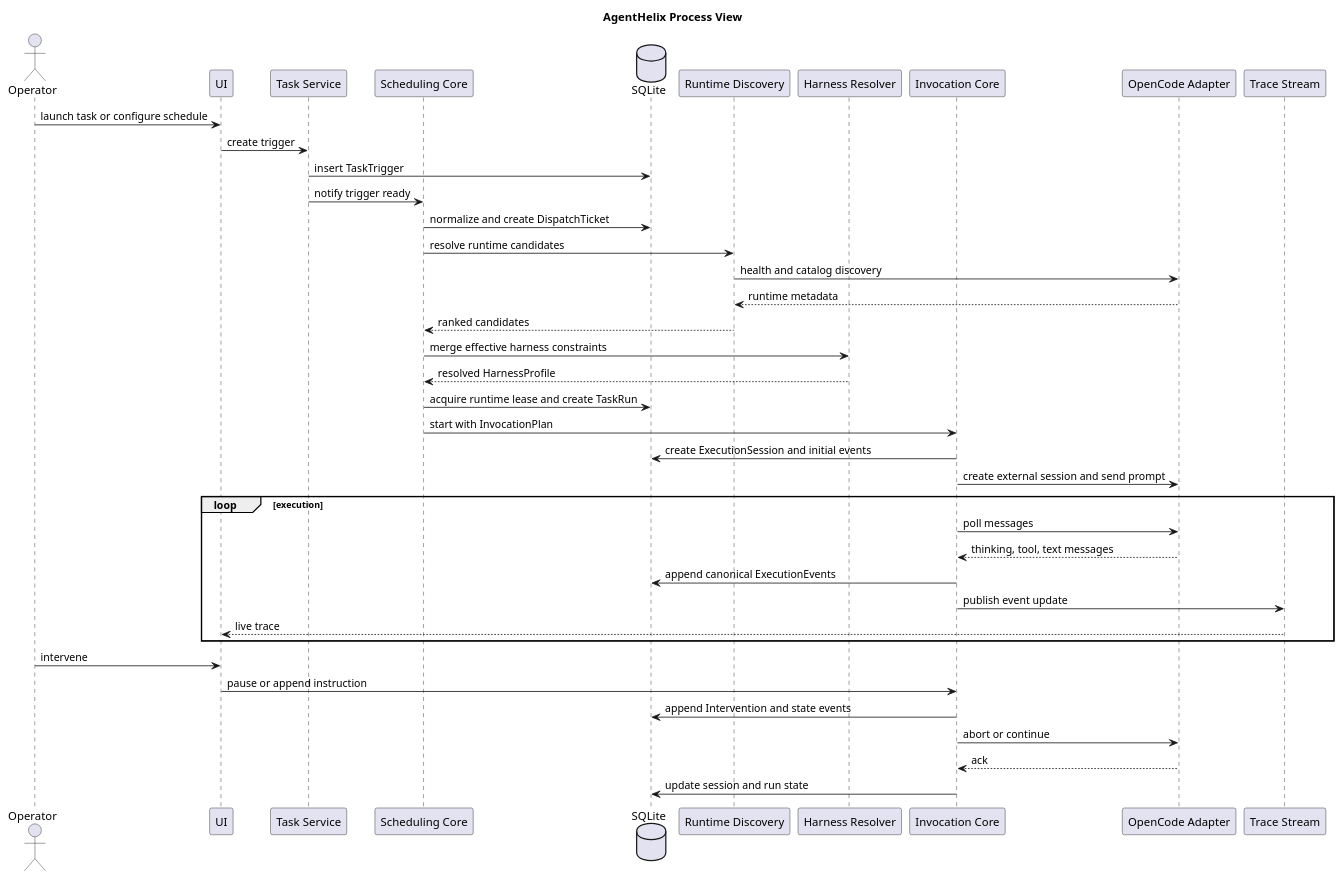
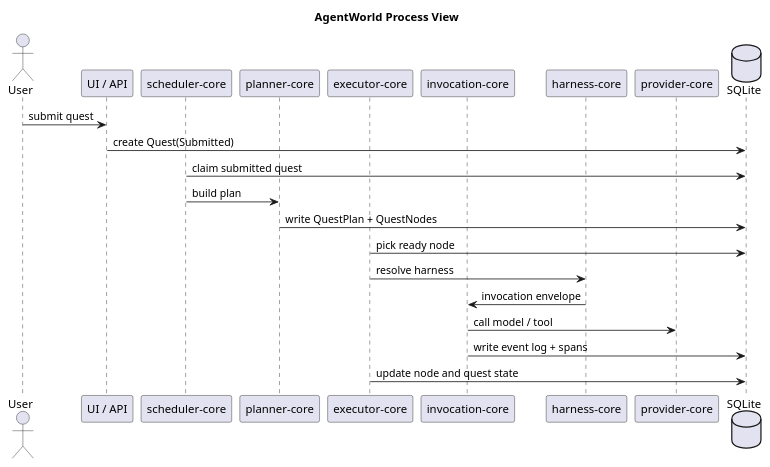
Before and after one commit to SimonMing47/agent-world: the second of 7 diagrams in docs/detailed-design.en.md, drawn with PlantUML. The commit also changed other lines of this file and 3 other files, not shown here.

````diff
--- a/docs/detailed-design.en.md
+++ b/docs/detailed-design.en.md
@@ -1145,46 +943,28 @@
 ```plantuml
 @startuml
-title AgentHelix Process View
+title AgentWorld Process View
 
-actor Operator
-participant "UI" as UI
-participant "Task Service" as TaskService
-participant "Scheduling Core" as Scheduler
+actor User
+participant "UI / API" as API
+participant "scheduler-core" as Scheduler
+participant "planner-core" as Planner
+participant "executor-core" as Executor
+participant "invocation-core" as Invocation
+participant "harness-core" as Harness
+participant "provider-core" as Provider
 database "SQLite" as DB
-participant "Runtime Discovery" as Discovery
-participant "Harness Resolver" as Harness
-participant "Invocation Core" as Invocation
-participant "OpenCode Adapter" as Adapter
-participant "Trace Stream" as Stream
 
-Operator -> UI : launch task or configure schedule
-UI -> TaskService : create trigger
-TaskService -> DB : insert TaskTrigger
-TaskService -> Scheduler : notify trigger ready
-Scheduler -> DB : normalize and create DispatchTicket
-Scheduler -> Discovery : resolve runtime candidates
-Discovery -> Adapter : health and catalog discovery
-Adapter --> Discovery : runtime metadata
-Discovery --> Scheduler : ranked candidates
-Scheduler -> Harness : merge effective harness constraints
-Harness --> Scheduler : resolved HarnessProfile
-Scheduler -> DB : acquire runtime lease and create TaskRun
-Scheduler -> Invocation : start with InvocationPlan
-Invocation -> DB : create ExecutionSession and initial events
-Invocation -> Adapter : create external session and send prompt
-loop execution
-  Invocation -> Adapter : poll messages
-  Adapter --> Invocation : thinking, tool, text messages
-  Invocation -> DB : append canonical ExecutionEvents
-  Invocation -> Stream : publish event update
-  Stream --> UI : live trace
-end
-Operator -> UI : intervene
-UI -> Invocation : pause or append instruction
-Invocation -> DB : append Intervention and state events
-Invocation -> Adapter : abort or continue
-Adapter --> Invocation : ack
-Invocation -> DB : update session and run state
+User -> API : submit quest
+API -> DB : create Quest(Submitted)
+Scheduler -> DB : claim submitted quest
+Scheduler -> Planner : build plan
+Planner -> DB : write QuestPlan + QuestNodes
+Executor -> DB : pick ready node
+Executor -> Harness : resolve harness
+Harness -> Invocation : invocation envelope
+Invocation -> Provider : call model / tool
+Invocation -> DB : write event log + spans
+Executor -> DB : update node and quest state
 
 @enduml
 ```
````
